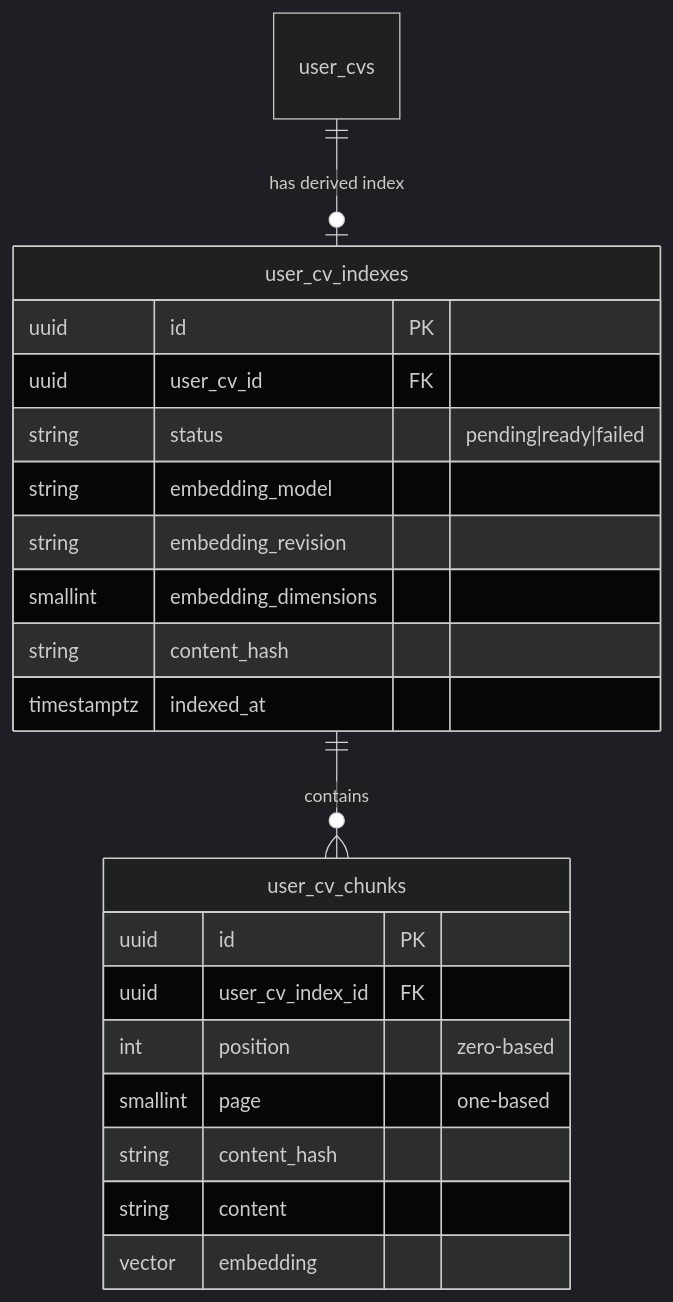
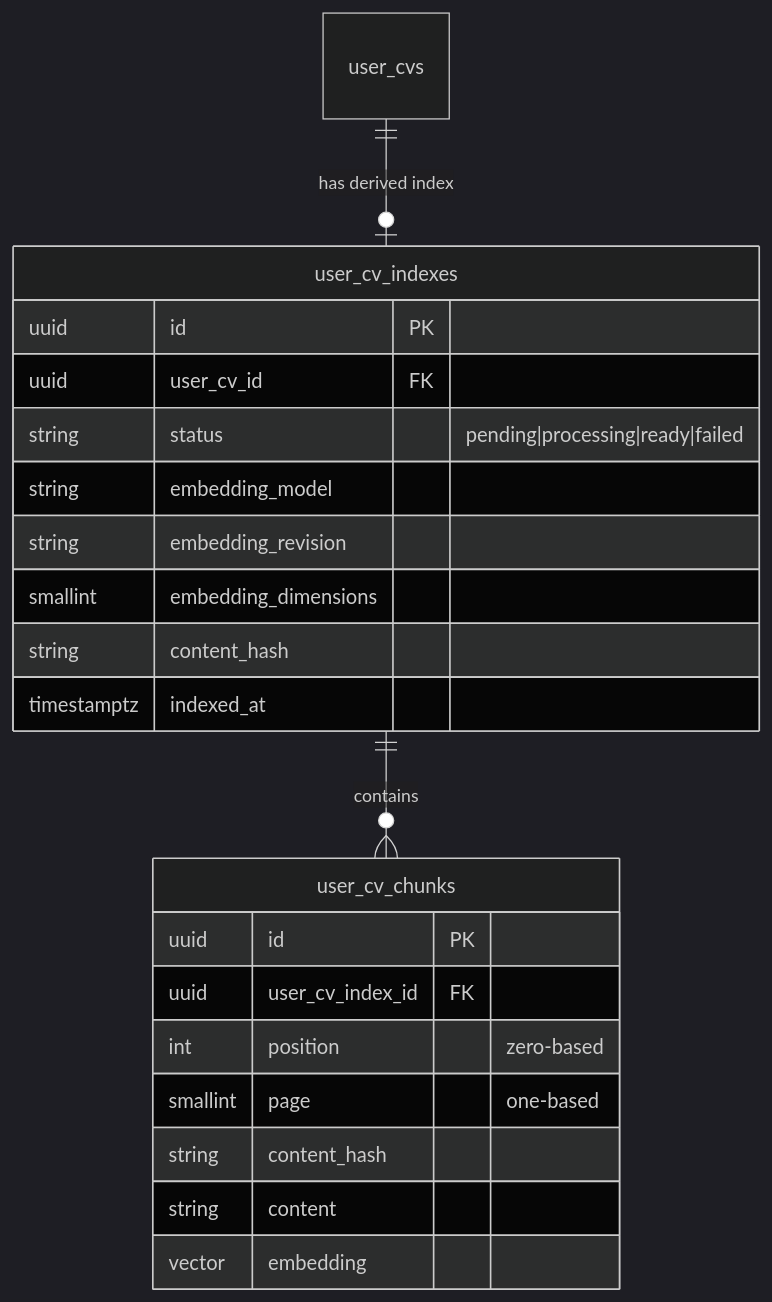
One commit to lancelotviendangkhoa710/KnowledgeHub_website changed the fifth of 9 diagrams in docs/ERD.md. Above: the diagram before and after it, drawn with Mermaid (dark theme). The commit also changed other lines of this file and 11 other files, not shown here.

````diff
--- a/docs/ERD.md
+++ b/docs/ERD.md
@@ -178,7 +180,7 @@
 ```mermaid
 erDiagram
     user_cvs ||--o| user_cv_indexes : "has derived index"
     user_cv_indexes ||--o{ user_cv_chunks : "contains"
-    user_cv_indexes { uuid id PK uuid user_cv_id FK string status "pending|ready|failed" string embedding_model string embedding_revision smallint embedding_dimensions string content_hash timestamptz indexed_at }
+    user_cv_indexes { uuid id PK uuid user_cv_id FK string status "pending|processing|ready|failed" string embedding_model string embedding_revision smallint embedding_dimensions string content_hash timestamptz indexed_at }
     user_cv_chunks { uuid id PK uuid user_cv_index_id FK int position "zero-based" smallint page "one-based" string content_hash string content vector embedding }
 ```
````
